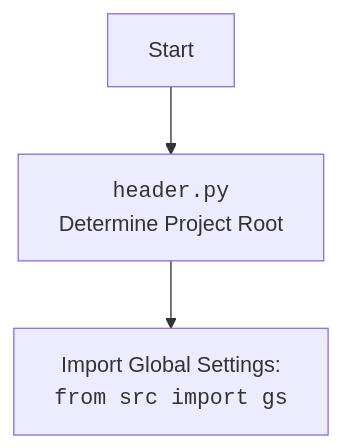
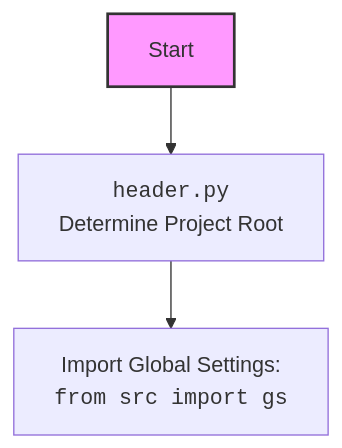
One commit to hypo69/hypo changed the third of 3 diagrams in docs/gemini/ru/explainer/src/suppliers/chat_gpt/chat_gpt.py.md. Above: the diagram before and after it, drawn with Mermaid. The commit also changed other lines of this file and 1505 other files, not shown here.

````diff
--- a/docs/gemini/ru/explainer/src/suppliers/chat_gpt/chat_gpt.py.md
+++ b/docs/gemini/ru/explainer/src/suppliers/chat_gpt/chat_gpt.py.md
@@ -37,7 +46,6 @@
 ```mermaid
-    flowchart TD
-        Start --> Header[<code>header.py</code><br> Determine Project Root]
-    
-        Header --> import[Import Global Settings: <br><code>from src import gs</code>] 
-    
+flowchart TD
+    Start --> Header[<code>header.py</code><br> Determine Project Root]
+    Header --> import[Import Global Settings: <br><code>from src import gs</code>] 
+    style Start fill:#f9f,stroke:#333,stroke-width:2px
 ```
````
